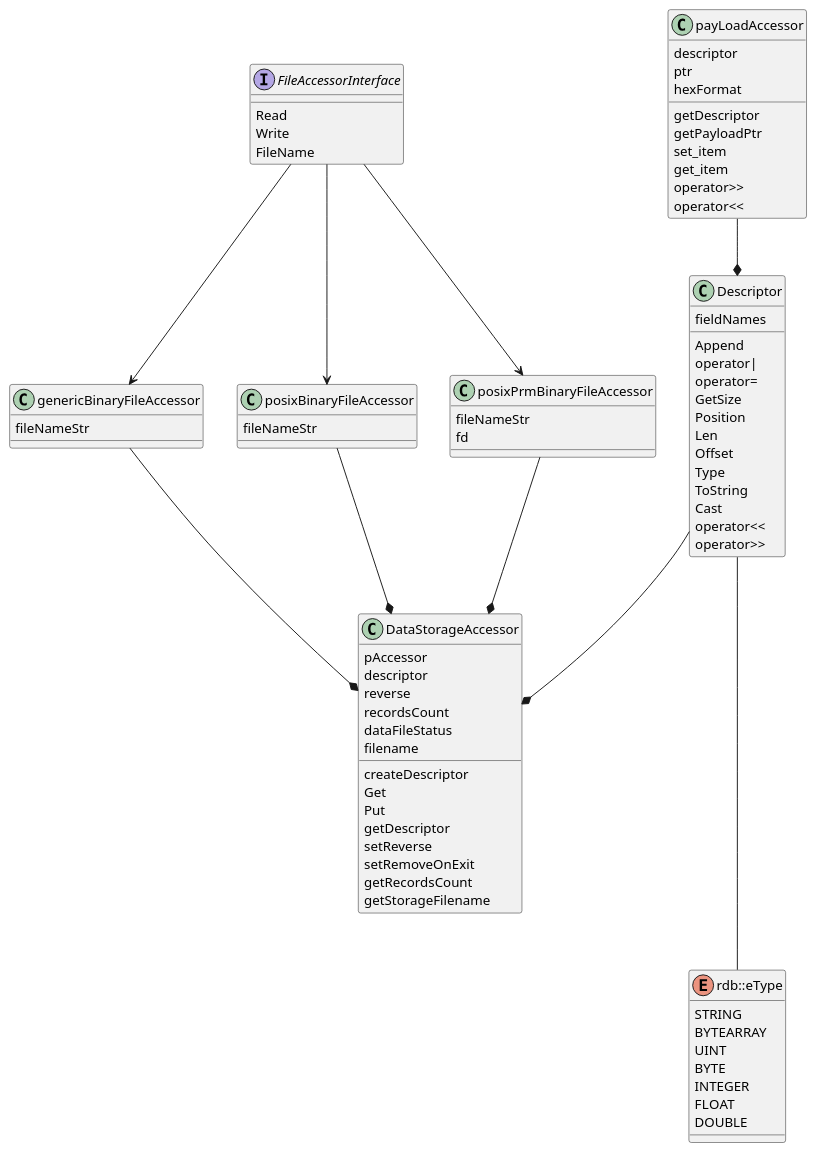
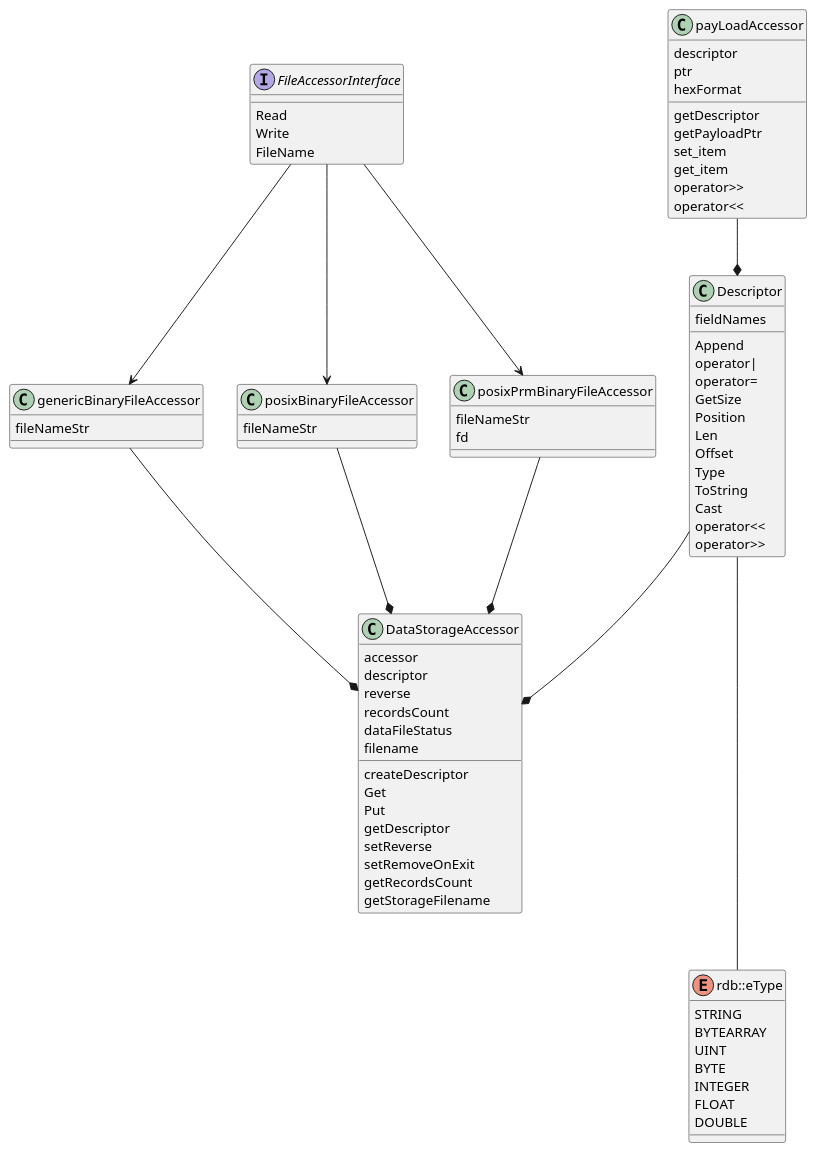
The diagram in src/include/rdb/UML/rdb.puml (michalwidera/retractordb), drawn with PlantUML before and after one commit. The commit also changed 6 other files, not shown here.

```diff
--- a/src/include/rdb/UML/rdb.puml
+++ b/src/include/rdb/UML/rdb.puml
@@ -1,96 +1,96 @@
 @startuml
 
 class Descriptor {
     {field} fieldNames
 
     {method} Append
     {method} operator|
     {method} operator=
     {method} GetSize
     {method} Position
     {method} Len
     {method} Offset
     {method} Type
     {method} ToString
     {method} Cast
     {method} operator<<
     {method} operator>>
 }
 
 class genericBinaryFileAccessor {
     {field} fileNameStr
 }
 
 
 class posixBinaryFileAccessor {
     {field} fileNameStr
 }
 
 class posixPrmBinaryFileAccessor {
     {field} fileNameStr
     {field} fd
 }
 
 
 interface FileAccessorInterface {
     {method} Read
     {method} Write
     {method} FileName
 }
 
 class payLoadAccessor {
     {field} descriptor
     {field} ptr
     {field} hexFormat
 
     {method} getDescriptor
     {method} getPayloadPtr
     {method} set_item
     {method} get_item
     {method} operator>>
     {method} operator<<
 }
 
 class DataStorageAccessor {
-    {field} pAccessor
+    {field} accessor
     {field} descriptor
     {field} reverse
     {field} recordsCount
     {field} dataFileStatus
     {field} filename
 
     {method} createDescriptor
     {method} Get
     {method} Put
     {method} getDescriptor
     {method} setReverse
     {method} setRemoveOnExit
     {method} getRecordsCount
     {method} getStorageFilename
 }
 
 enum rdb::eType {
     STRING
     BYTEARRAY
     UINT
     BYTE
     INTEGER
     FLOAT
     DOUBLE
 }
 
 FileAccessorInterface --> genericBinaryFileAccessor
 FileAccessorInterface --> posixBinaryFileAccessor
 FileAccessorInterface --> posixPrmBinaryFileAccessor
 
 genericBinaryFileAccessor --* DataStorageAccessor
 posixBinaryFileAccessor --* DataStorageAccessor
 posixPrmBinaryFileAccessor --* DataStorageAccessor
 
 Descriptor --* DataStorageAccessor
 
 Descriptor --- rdb::eType
 
 payLoadAccessor --* Descriptor
 
 @enduml
```
